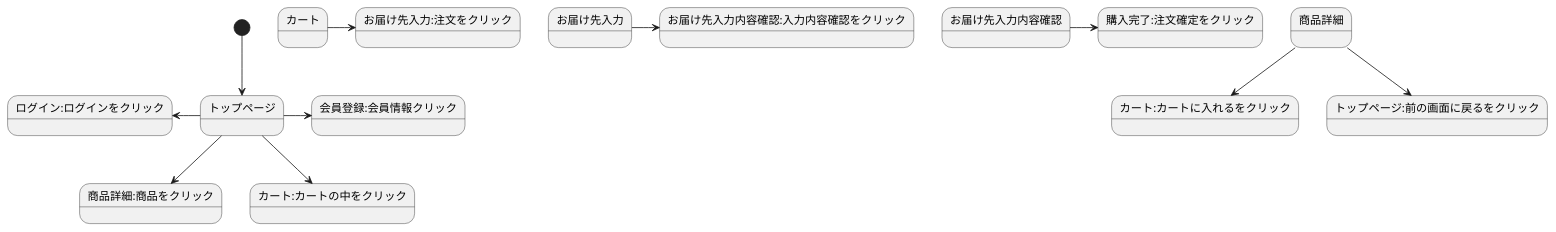
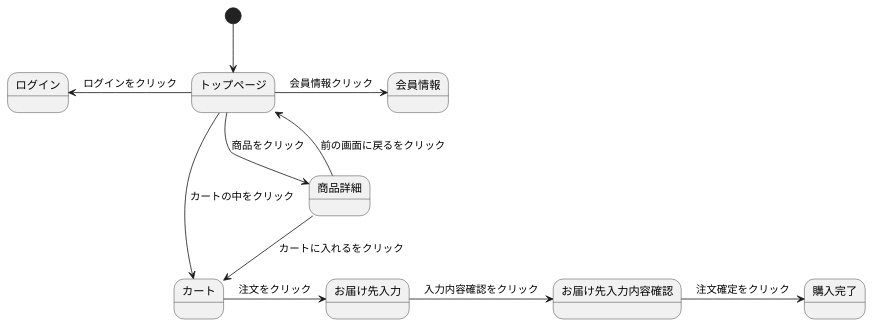
One commit to Aso2001181/2021sys-design changed the diagram in stm01.md. Above: the diagram before and after it, drawn with PlantUML. The commit also changed other lines of this file, not shown here.

````diff
--- a/stm01.md
+++ b/stm01.md
@@ -1,14 +2,12 @@
-```uml
 @startuml
 [*] --> トップページ
-トップページ -> 会員登録:会員情報クリック
-トップページ -left-> ログイン:ログインをクリック
-トップページ --> 商品詳細:商品をクリック
-トップページ --> カート:カートの中をクリック
-商品詳細 --> カート:カートに入れるをクリック
-商品詳細 --> トップページ:前の画面に戻るをクリック
-カート -> お届け先入力:注文をクリック
-お届け先入力 -> お届け先入力内容確認:入力内容確認をクリック
-お届け先入力内容確認 -> 購入完了:注文確定をクリック
+トップページ -> 会員情報 : 会員情報クリック
+トップページ -left-> ログイン : ログインをクリック
+トップページ --> 商品詳細 : 商品をクリック
+トップページ --> カート : カートの中をクリック
+商品詳細 --> カート : カートに入れるをクリック
+商品詳細 --> トップページ : 前の画面に戻るをクリック
+カート -> お届け先入力 : 注文をクリック
+お届け先入力 -> お届け先入力内容確認 : 入力内容確認をクリック
+お届け先入力内容確認 -> 購入完了 : 注文確定をクリック
 @enduml
-```
````
